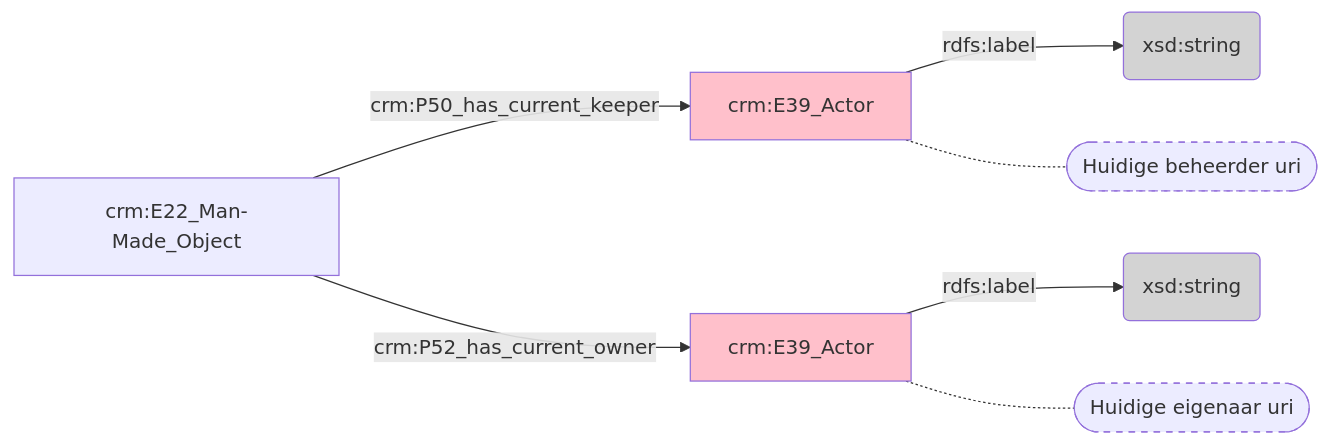
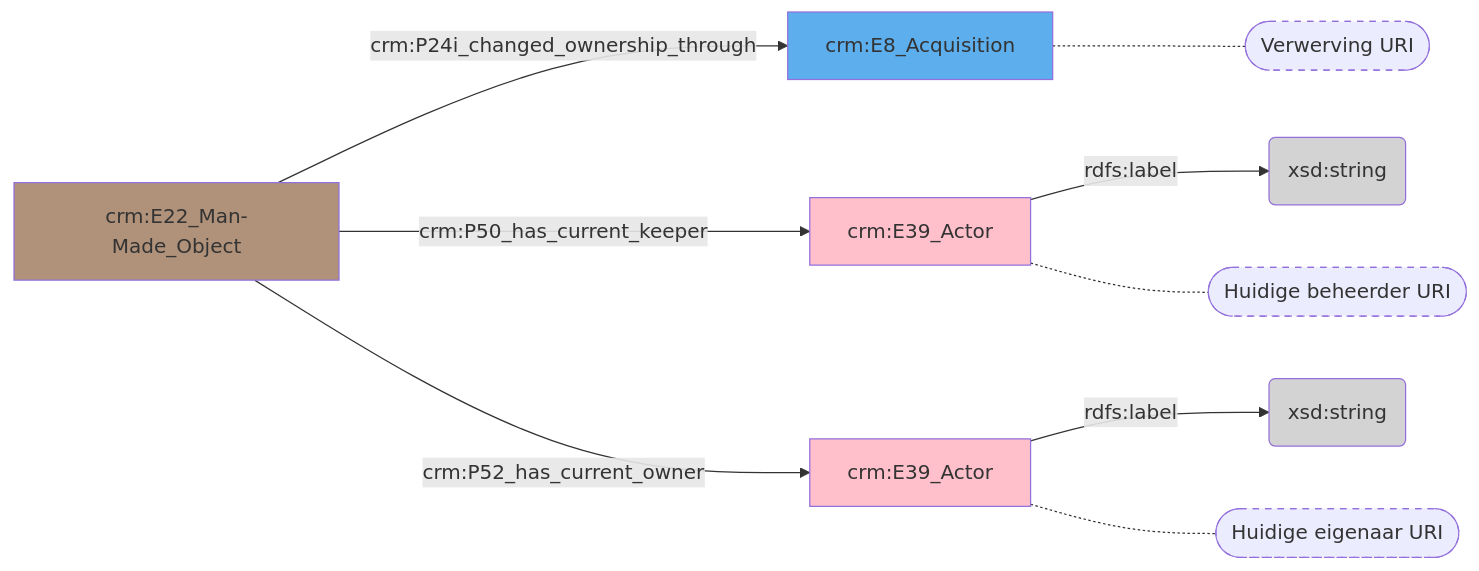
One commit to digipolisantwerpdocumentation/antwerp-cultureel-erfgoed changed the diagram in docs/content/modellen/BibliographicalItem/Context.md. Above: the diagram before and after it, drawn with Mermaid. The commit also changed 29 other files, not shown here.

````diff
--- a/docs/content/modellen/BibliographicalItem/Context.md
+++ b/docs/content/modellen/BibliographicalItem/Context.md
@@ -1,15 +1,20 @@
 ```mermaid
 graph LR
 4cf1af0e-df80-11ed-9655-00163e71351b["crm:E39_Actor"]-->|"rdfs:label"|4cf1b3a0-df80-11ed-9655-00163e71351b(xsd:string)
 512ffd00-df80-11ed-9064-00163e71351b["crm:E39_Actor"]-->|"rdfs:label"|513001c4-df80-11ed-9064-00163e71351b(xsd:string)
+099f196c-df80-11ed-9232-00163e71351b["crm:E22_Man-Made_Object"]-->|"crm:P24i_changed_ownership_through"|afd18e06-62c4-11ee-a9ac-00163e71351b["crm:E8_Acquisition"]
 099f196c-df80-11ed-9232-00163e71351b["crm:E22_Man-Made_Object"]-->|"crm:P50_has_current_keeper"|4cf1af0e-df80-11ed-9655-00163e71351b["crm:E39_Actor"]
 099f196c-df80-11ed-9232-00163e71351b["crm:E22_Man-Made_Object"]-->|"crm:P52_has_current_owner"|512ffd00-df80-11ed-9064-00163e71351b["crm:E39_Actor"]
+afd18e06-62c4-11ee-a9ac-00163e71351b["crm:E8_Acquisition"]-.-afd18e06-62c4-11ee-a9ac-00163e71351b_s(["Verwerving URI"])
+4cf1af0e-df80-11ed-9655-00163e71351b["crm:E39_Actor"]-.-4cf1af0e-df80-11ed-9655-00163e71351b_s(["Huidige beheerder URI"])
+512ffd00-df80-11ed-9064-00163e71351b["crm:E39_Actor"]-.-512ffd00-df80-11ed-9064-00163e71351b_s(["Huidige eigenaar URI"])
+style afd18e06-62c4-11ee-a9ac-00163e71351b_s stroke-dasharray: 5
 style 4cf1af0e-df80-11ed-9655-00163e71351b_s stroke-dasharray: 5
 style 512ffd00-df80-11ed-9064-00163e71351b_s stroke-dasharray: 5
-4cf1af0e-df80-11ed-9655-00163e71351b["crm:E39_Actor"]-.-4cf1af0e-df80-11ed-9655-00163e71351b_s(["Huidige beheerder uri"])
-512ffd00-df80-11ed-9064-00163e71351b["crm:E39_Actor"]-.-512ffd00-df80-11ed-9064-00163e71351b_s(["Huidige eigenaar uri"])
+style 099f196c-df80-11ed-9232-00163e71351b fill:#B0927A
 style 4cf1af0e-df80-11ed-9655-00163e71351b fill:#ffc0cb
 style 4cf1b3a0-df80-11ed-9655-00163e71351b fill:#D3D3D3
 style 512ffd00-df80-11ed-9064-00163e71351b fill:#ffc0cb
 style 513001c4-df80-11ed-9064-00163e71351b fill:#D3D3D3
+style afd18e06-62c4-11ee-a9ac-00163e71351b fill:#5DAEEC
 ```
````
